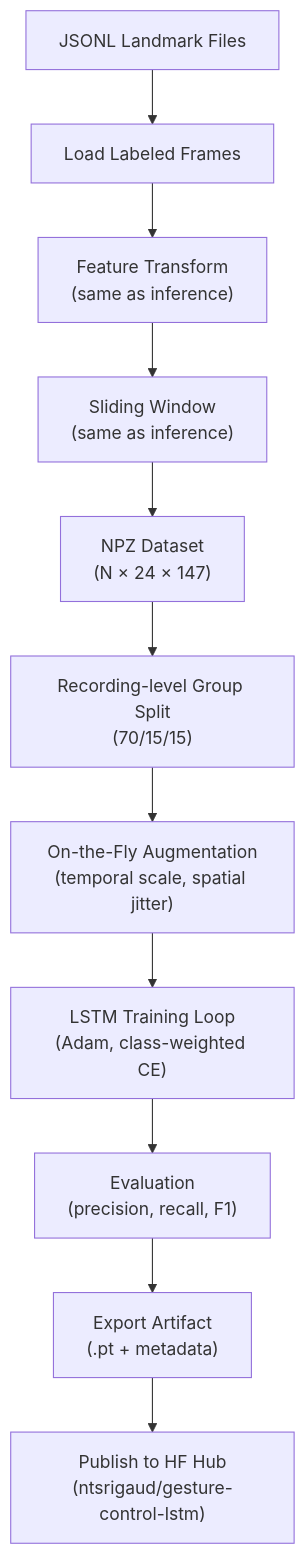
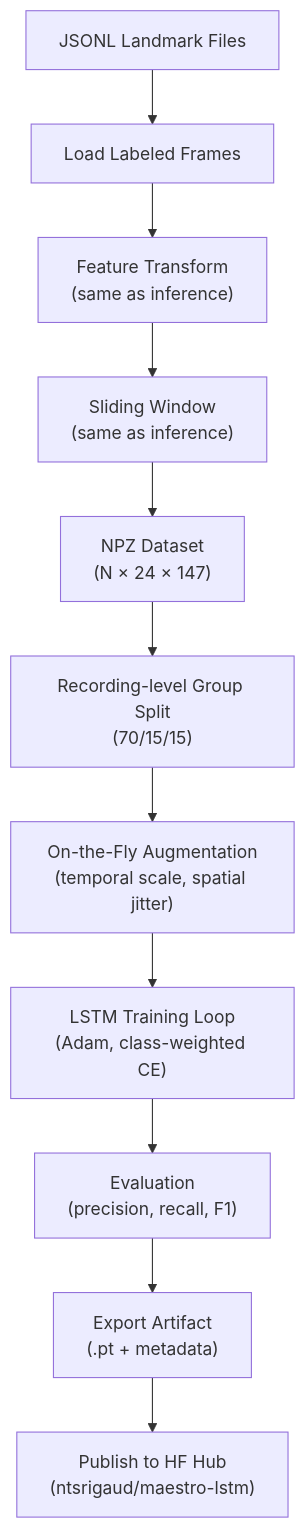
Before and after one commit to ntsrigaud/Maestro: the sixth of 6 diagrams in docs/architecture/process-view.md, drawn with Mermaid. The commit also changed other lines of this file and 165 other files, not shown here.

````diff
--- a/docs/architecture/process-view.md
+++ b/docs/architecture/process-view.md
@@ -193,13 +193,13 @@
 ```mermaid
 graph TD
     JSONL["JSONL Landmark Files"] --> Load["Load Labeled Frames"]
     Load --> FeatTrain["Feature Transform<br/>(same as inference)"]
     FeatTrain --> Window["Sliding Window<br/>(same as inference)"]
     Window --> NPZ["NPZ Dataset<br/>(N × 24 × 147)"]
     NPZ --> Split["Recording-level Group Split<br/>(70/15/15)"]
     Split --> Augment["On-the-Fly Augmentation<br/>(temporal scale, spatial jitter)"]
     Augment --> Train["LSTM Training Loop<br/>(Adam, class-weighted CE)"]
     Train --> Eval["Evaluation<br/>(precision, recall, F1)"]
     Eval --> Export["Export Artifact<br/>(.pt + metadata)"]
-    Export --> HFHub["Publish to HF Hub<br/>(ntsrigaud/gesture-control-lstm)"]
+    Export --> HFHub["Publish to HF Hub<br/>(ntsrigaud/maestro-lstm)"]
 ```
````
